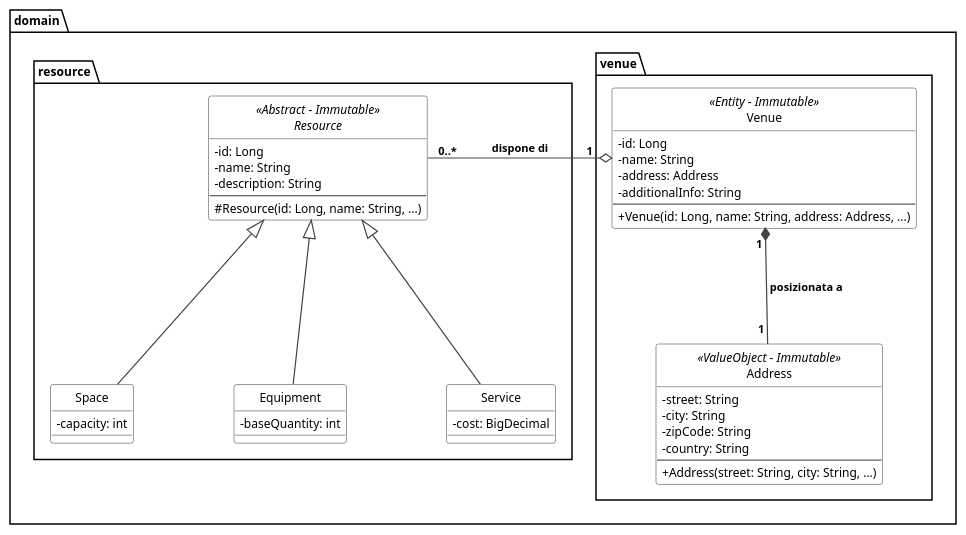
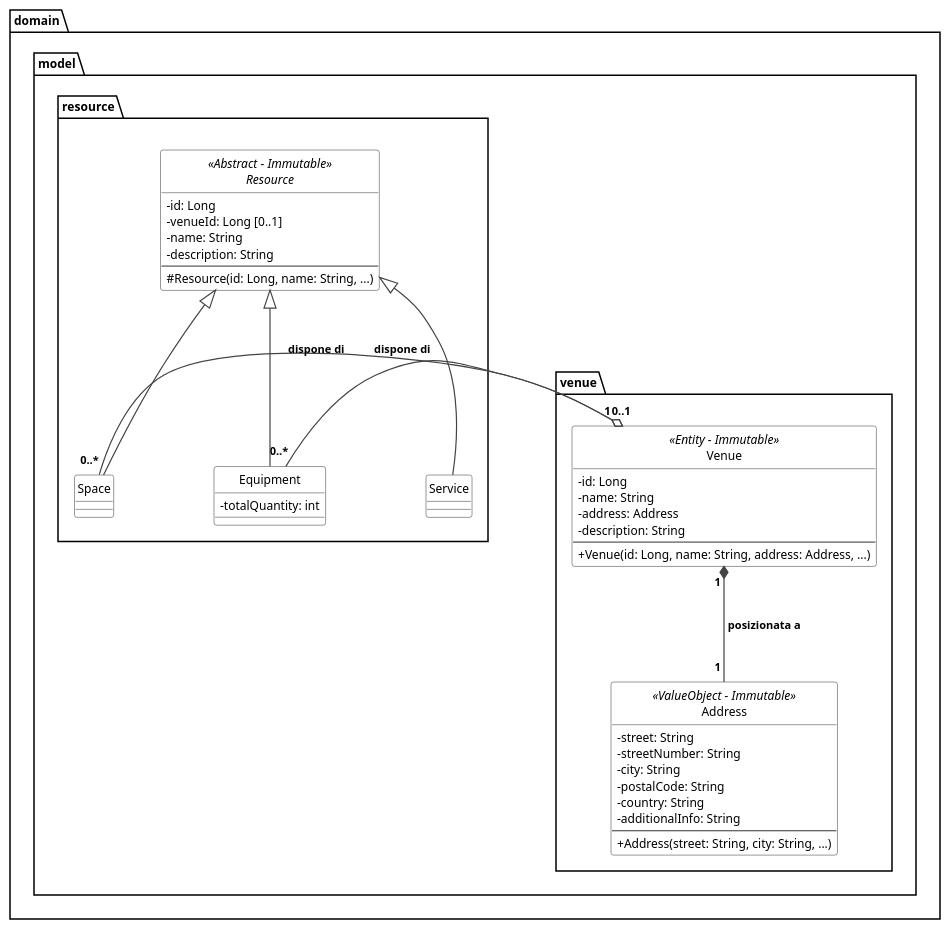
One commit to MeruemMeurel/Venue_Event_Organiser changed the diagram in docs/diagrams/domain/domain-venues.puml. Above: the diagram before and after it, drawn with PlantUML. The commit also changed 6 other files, not shown here.

Commit message:
docs: align domain diagrams with implementation

```diff
--- a/docs/diagrams/domain/domain-venues.puml
+++ b/docs/diagrams/domain/domain-venues.puml
@@ -1,68 +1,68 @@
 @startuml
 skinparam style strictuml
 skinparam classAttributeIconSize 0
 
 skinparam DefaultFontName "Helvetica"
 skinparam DefaultFontSize 12
 skinparam class {
     BackgroundColor White
     BorderColor #333333
     ArrowColor #555555
 }
 skinparam nodesep 100
 skinparam ranksep 100
 
 skinparam ArrowThickness 1.2
 skinparam ArrowFontStyle bold
 skinparam ArrowFontSize 11
 skinparam ArrowColor #444444
 
 
-package "domain.venue" {
+package "domain.model.venue" {
     class Venue <<Entity - Immutable>> {
         - id: Long
         - name: String
         - address: Address
-        - additionalInfo: String
+        - description: String
         --
         + Venue(id: Long, name: String, address: Address, ...)
     }
 
     class Address <<ValueObject - Immutable>> {
         - street: String
+        - streetNumber: String
         - city: String
-        - zipCode: String
+        - postalCode: String
         - country: String
+        - additionalInfo: String
         --
         + Address(street: String, city: String, ...)
     }
 }
 
-package "domain.resource" {
+package "domain.model.resource" {
     abstract class Resource <<Abstract - Immutable>> {
         - id: Long
+        - venueId: Long [0..1]
         - name: String
         - description: String
         --
         # Resource(id: Long, name: String, ...)
     }
 
-    class Space {
-        - capacity: int
+    class Space
+
+    class Equipment {
+        - totalQuantity: int
     }
 
-    class Equipment {
-        - baseQuantity: int
-    }
-
-    class Service {
-        - cost: BigDecimal
-    }
+    class Service
 }
 
 Venue "1 " *-- "1 " Address : " posizionata a"
-Venue "1    " o-right- " 0..*" Resource : "dispone di"
+Venue "1" o-right- "0..*" Space : "dispone di"
+Venue "0..1" o-right- "0..*" Equipment : "dispone di"
 Resource <|-- Space
 Resource <|-- Equipment
 Resource <|-- Service
 @endum
```
